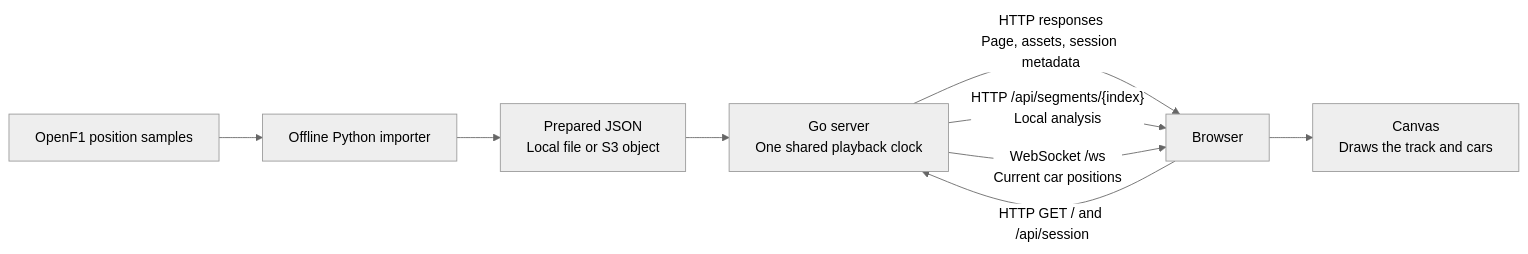
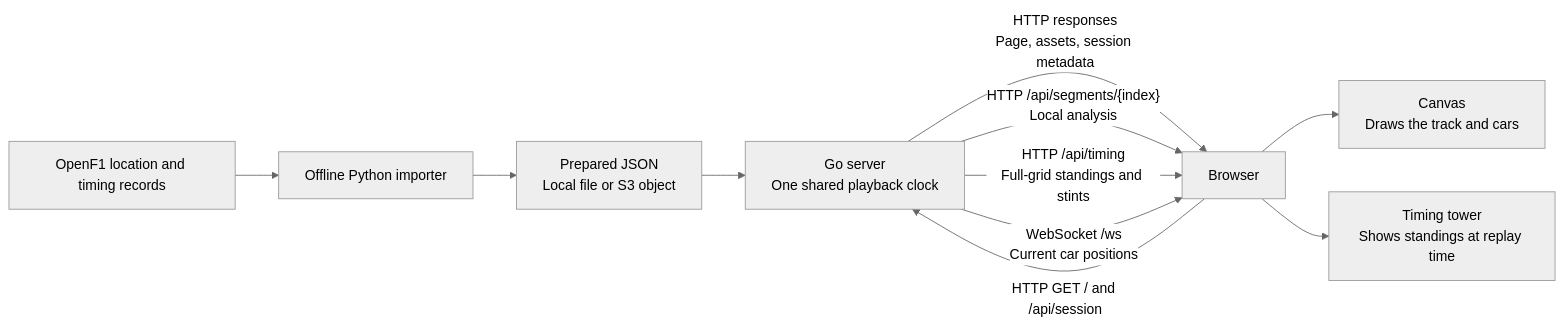
Before and after one commit to auscodes/f1-race-replay: the diagram in PROJECT_GUIDE.md, drawn with Mermaid (neutral theme). The commit also changed other lines of this file and 7 other files, not shown here.

Commit message:
feat: add full-grid leaderboard and finish flags

````diff
--- a/PROJECT_GUIDE.md
+++ b/PROJECT_GUIDE.md
@@ -7,11 +7,13 @@
 ```mermaid
 flowchart LR
-    S["OpenF1 position samples"] --> P["Offline Python importer"]
+    S["OpenF1 location and timing records"] --> P["Offline Python importer"]
     P --> A["Prepared JSON<br/>Local file or S3 object"]
     A --> B["Go server<br/>One shared playback clock"]
     C["Browser"] -->|"HTTP GET / and /api/session"| B
     B -->|"HTTP responses<br/>Page, assets, session metadata"| C
     B -->|"HTTP /api/segments/{index}<br/>Local analysis"| C
+    B -->|"HTTP /api/timing<br/>Full-grid standings and stints"| C
     B -->|"WebSocket /ws<br/>Current car positions"| C
     C --> D["Canvas<br/>Draws the track and cars"]
+    C --> E["Timing tower<br/>Shows standings at replay time"]
 ```
````
